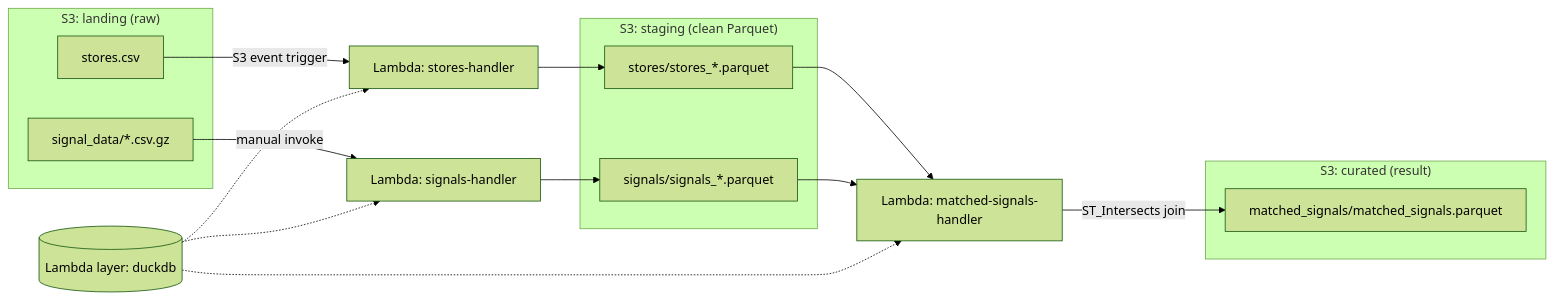
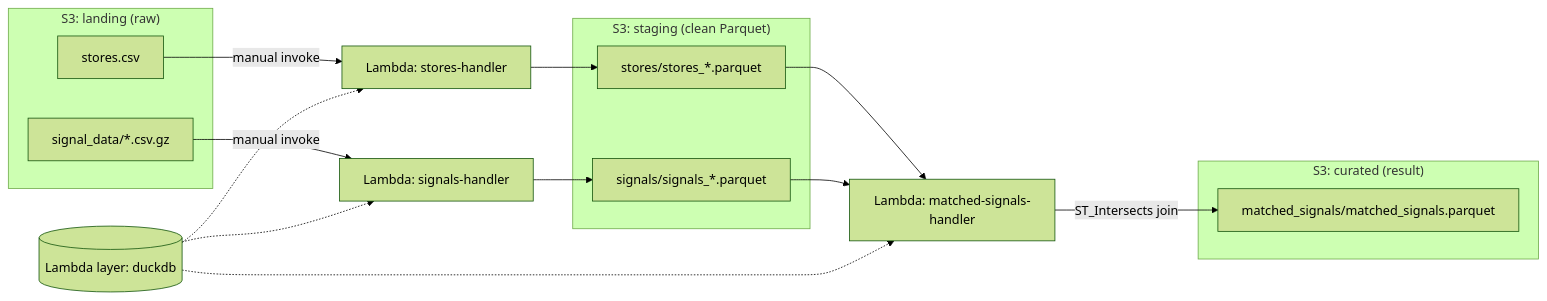
Before and after one commit to MotazBellah/duckdb-lambda: the diagram in README.md, drawn with Mermaid (forest theme). The commit also changed other lines of this file and 13 other files, not shown here.

````diff
--- a/README.md
+++ b/README.md
@@ -9,30 +9,30 @@
 ```mermaid
 flowchart LR
     subgraph landing["S3: landing (raw)"]
         L1[stores.csv]
         L2["signal_data/*.csv.gz"]
     end
 
     subgraph staging["S3: staging (clean Parquet)"]
         S1["stores/stores_*.parquet"]
         S2["signals/signals_*.parquet"]
     end
 
     subgraph curated["S3: curated (result)"]
         C1["matched_signals/matched_signals.parquet"]
     end
 
-    L1 -- "S3 event trigger" --> F1["Lambda: stores-handler"]
+    L1 -- "manual invoke" --> F1["Lambda: stores-handler"]
     F1 --> S1
 
     L2 -- "manual invoke" --> F2["Lambda: signals-handler"]
     F2 --> S2
 
     S1 --> F3["Lambda: matched-signals-handler"]
     S2 --> F3
     F3 -- "ST_Intersects join" --> C1
 
     LAYER[("Lambda layer: duckdb")] -.-> F1
     LAYER -.-> F2
     LAYER -.-> F3
 ```
````
